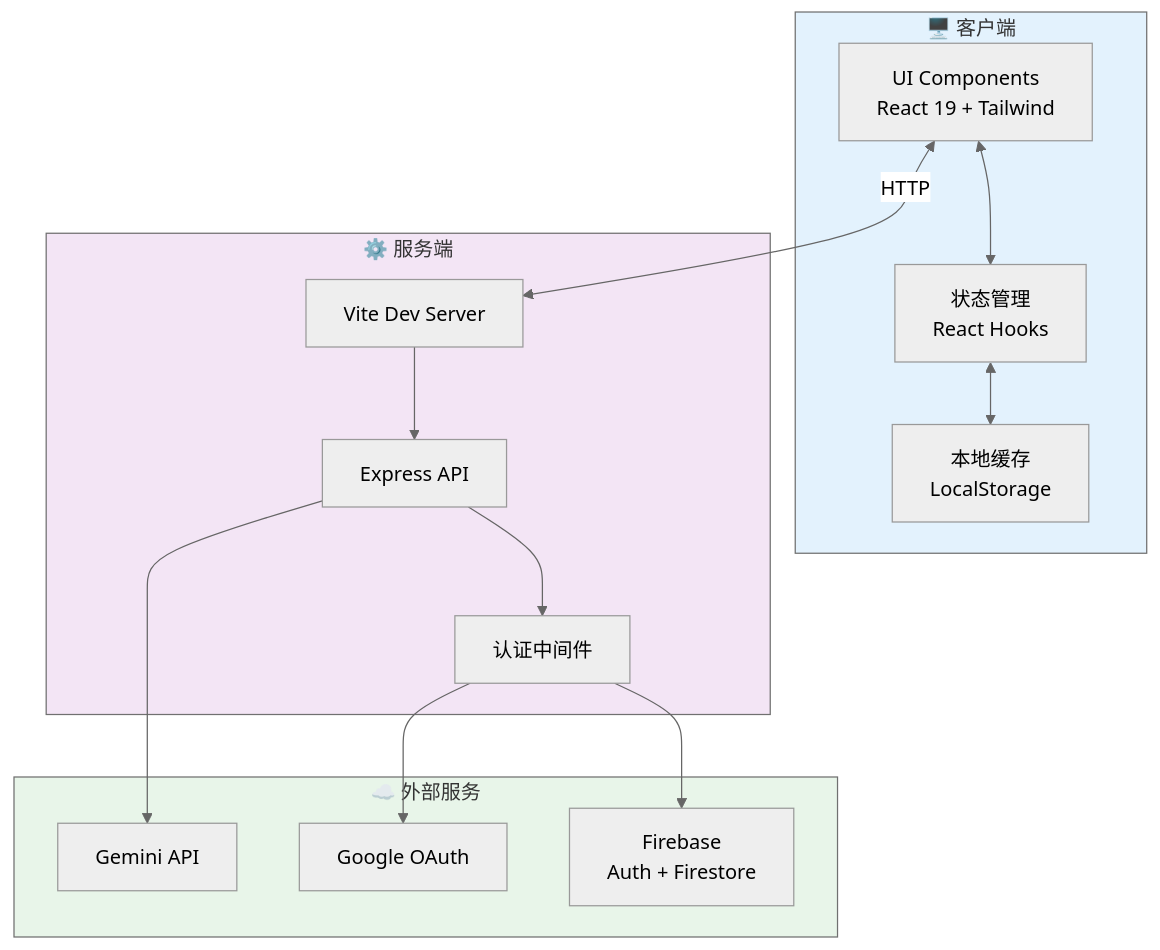
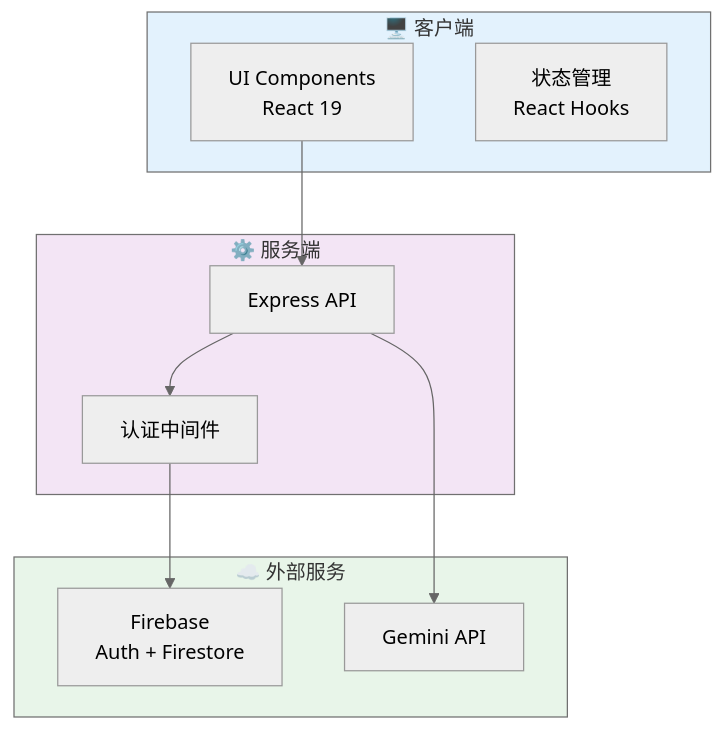
One commit to JesstLe/OpenSynapse changed the first of 3 diagrams in README.md. Above: the diagram before and after it, drawn with Mermaid (neutral theme). The commit also changed other lines of this file, not shown here.

````diff
--- a/README.md
+++ b/README.md
@@ -278,33 +259,24 @@
 ```mermaid
 flowchart TB
     subgraph Client["🖥️ 客户端"]
-        UI["UI Components<br/>React 19 + Tailwind"]
+        UI["UI Components<br/>React 19"]
         State["状态管理<br/>React Hooks"]
-        Cache["本地缓存<br/>LocalStorage"]
     end
     
     subgraph Server["⚙️ 服务端"]
-        Vite["Vite Dev Server"]
         API["Express API"]
         Auth["认证中间件"]
     end
     
     subgraph Services["☁️ 外部服务"]
         FB["Firebase<br/>Auth + Firestore"]
         Gemini["Gemini API"]
-        OAuth["Google OAuth"]
     end
     
-    UI <--> State
-    State <--> Cache
-    UI <-->|HTTP| Vite
-    Vite --> API
-    API --> Auth
-    Auth --> FB
+    UI --> API --> Auth --> FB
     API --> Gemini
-    Auth --> OAuth
     
     style Client fill:#e3f2fd
     style Server fill:#f3e5f5
     style Services fill:#e8f5e9
 ```
````
